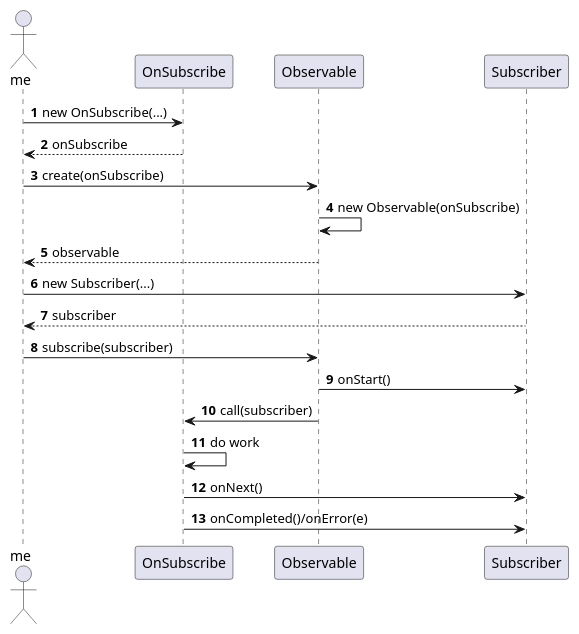
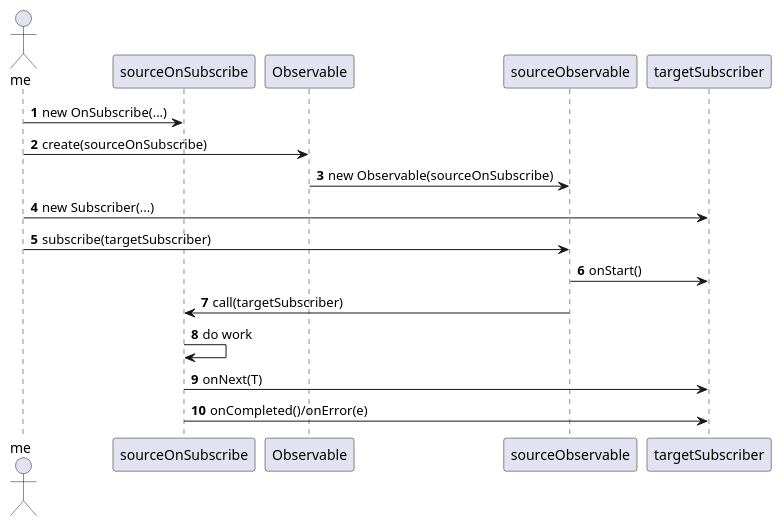
The diagram in uml/simple_demo.puml (Blankeer/RxJava), drawn with PlantUML before and after one commit. The commit also changed 1 other file, not shown here.

Commit message:
[ADD] change uml,update demo readme.

```diff
--- a/uml/simple_demo.puml
+++ b/uml/simple_demo.puml
@@ -2,18 +2,15 @@
 @startuml
 autonumber
 actor me
-me -> OnSubscribe : new OnSubscribe(...)
-OnSubscribe --> me : onSubscribe
-me -> Observable : create(onSubscribe)
-Observable -> Observable : new Observable(onSubscribe)
-Observable --> me : observable
-me -> Subscriber : new Subscriber(...)
-Subscriber --> me : subscriber
-me -> Observable : subscribe(subscriber)
-Observable -> Subscriber : onStart()
-Observable -> OnSubscribe : call(subscriber)
-OnSubscribe -> OnSubscribe : do work
-OnSubscribe -> Subscriber : onNext()
-OnSubscribe -> Subscriber : onCompleted()/onError(e)
+me -> sourceOnSubscribe : new OnSubscribe(...)
+me -> Observable : create(sourceOnSubscribe)
+Observable -> sourceObservable : new Observable(sourceOnSubscribe)
+me -> targetSubscriber : new Subscriber(...)
+me -> sourceObservable : subscribe(targetSubscriber)
+sourceObservable -> targetSubscriber : onStart()
+sourceObservable -> sourceOnSubscribe : call(targetSubscriber)
+sourceOnSubscribe -> sourceOnSubscribe : do work
+sourceOnSubscribe -> targetSubscriber : onNext(T)
+sourceOnSubscribe -> targetSubscriber : onCompleted()/onError(e)
 
 @enduml
```
